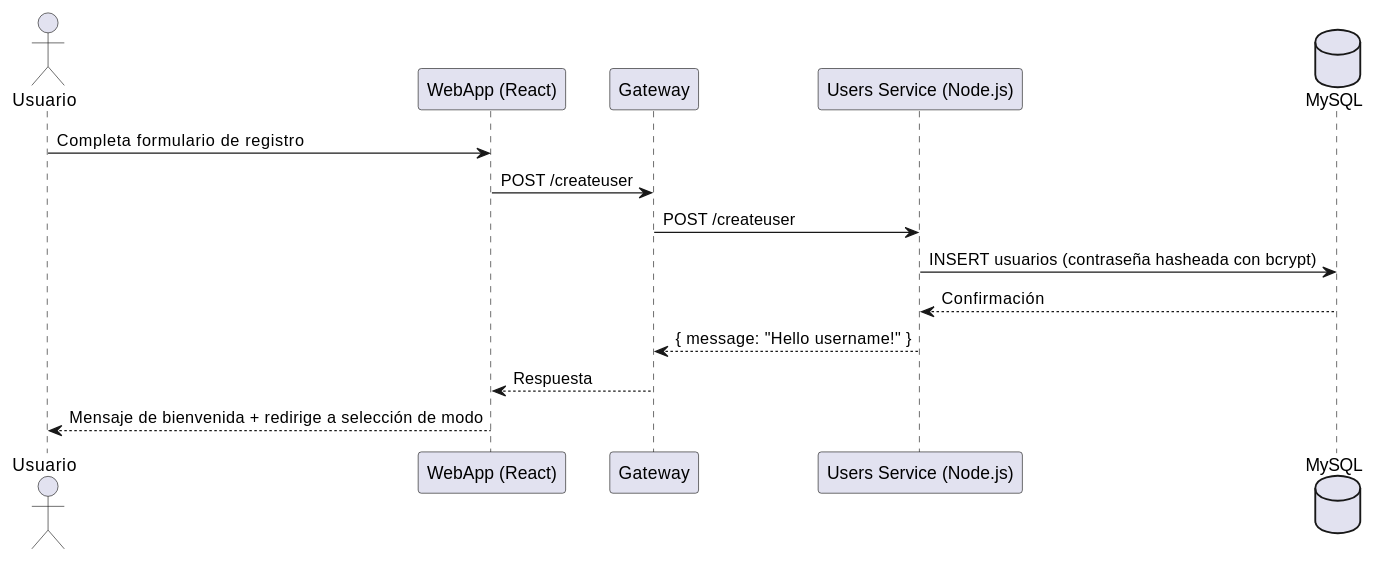
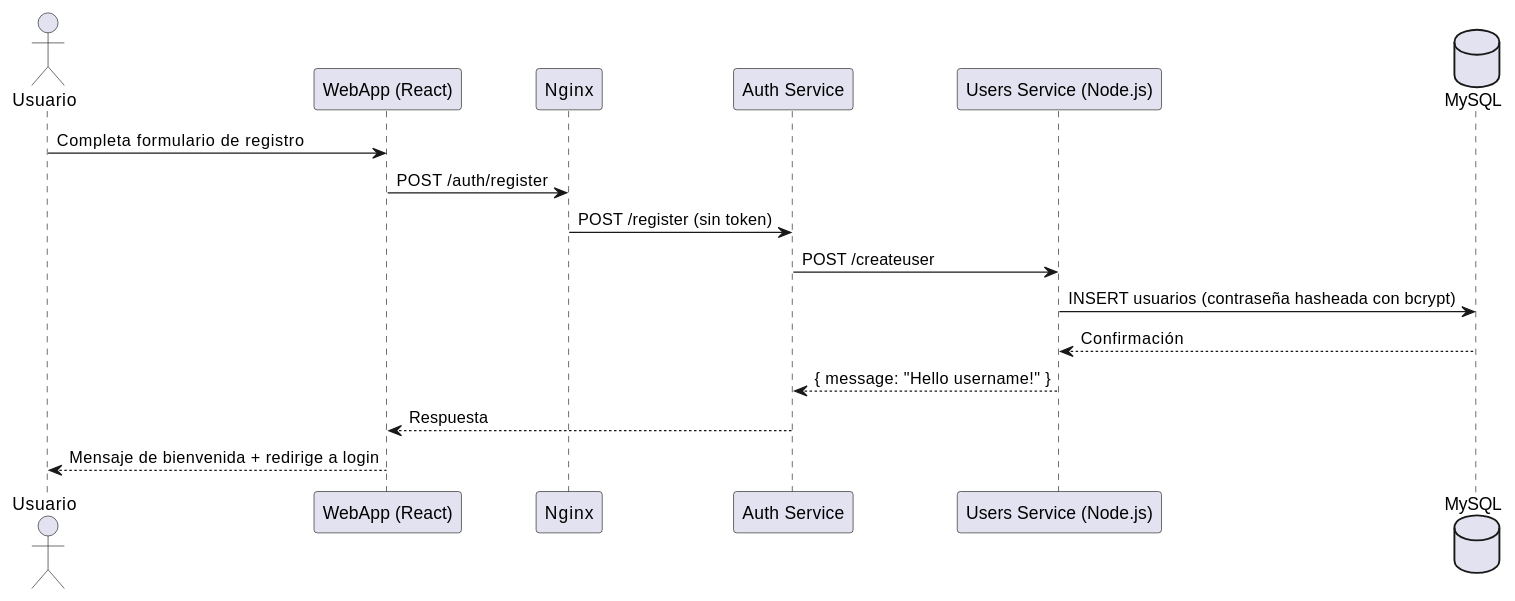
The second of 8 diagrams in docs/src/06_runtime_view.adoc (Arquisoft/yovi_es4c), drawn with PlantUML before and after one commit. The commit also changed other lines of this file and 9 other files, not shown here.

Commit message:
Actualizacion de documentacion y creacion de script para el funcionamiento independiente del classpath del plantuml

```diff
--- a/docs/src/06_runtime_view.adoc
+++ b/docs/src/06_runtime_view.adoc
@@ -11,17 +41,19 @@
 [plantuml,"Registro de Usuario",png]
 ----
 actor Usuario
 participant "WebApp (React)" as WebApp
-participant "Gateway" as GW
+participant "Nginx" as NG
+participant "Auth Service" as AS
 participant "Users Service (Node.js)" as UsersService
 database "MySQL" as DB
 
 Usuario -> WebApp: Completa formulario de registro
-WebApp -> GW: POST /createuser
-GW -> UsersService: POST /createuser
+WebApp -> NG: POST /auth/register
+NG -> AS: POST /register (sin token)
+AS -> UsersService: POST /createuser
 UsersService -> DB: INSERT usuarios (contraseña hasheada con bcrypt)
 DB --> UsersService: Confirmación
-UsersService --> GW: { message: "Hello username!" }
-GW --> WebApp: Respuesta
-WebApp --> Usuario: Mensaje de bienvenida + redirige a selección de modo
+UsersService --> AS: { message: "Hello username!" }
+AS --> WebApp: Respuesta
+WebApp --> Usuario: Mensaje de bienvenida + redirige a login
 ----
```
